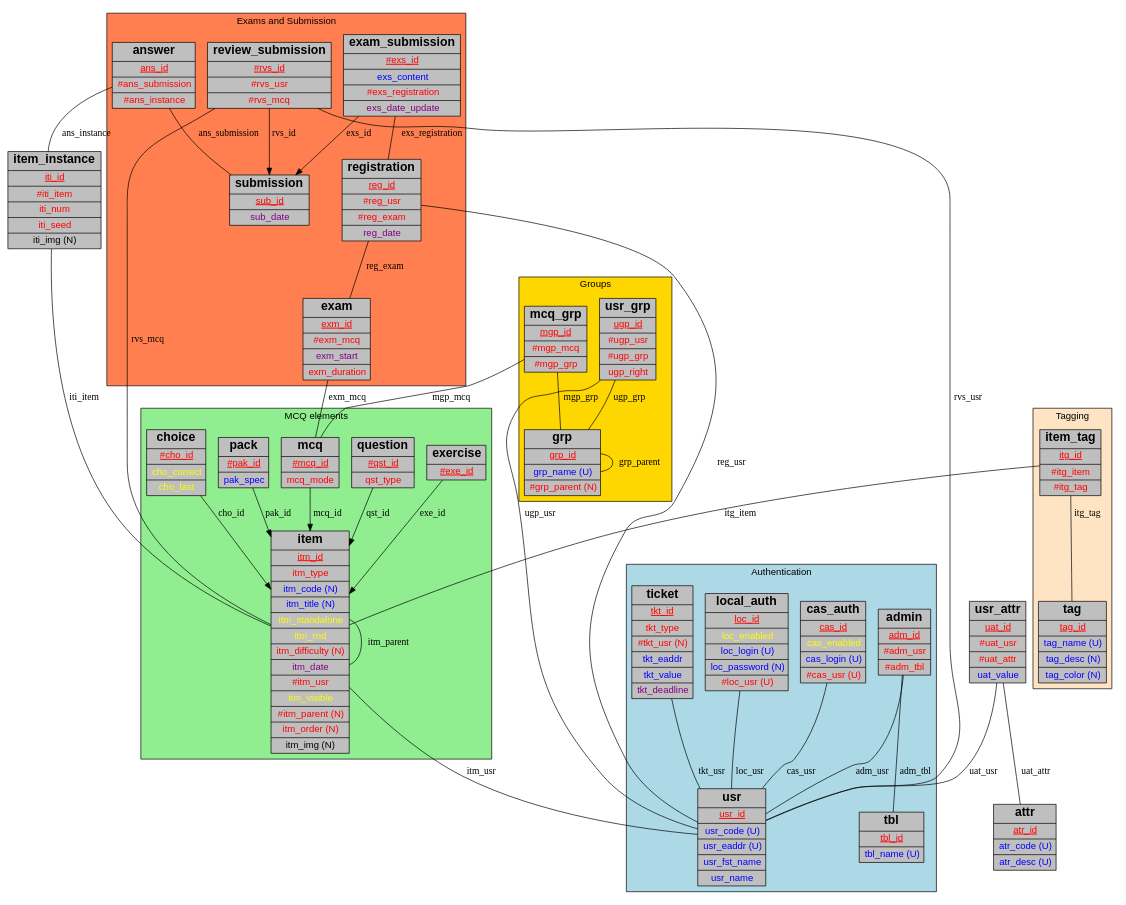
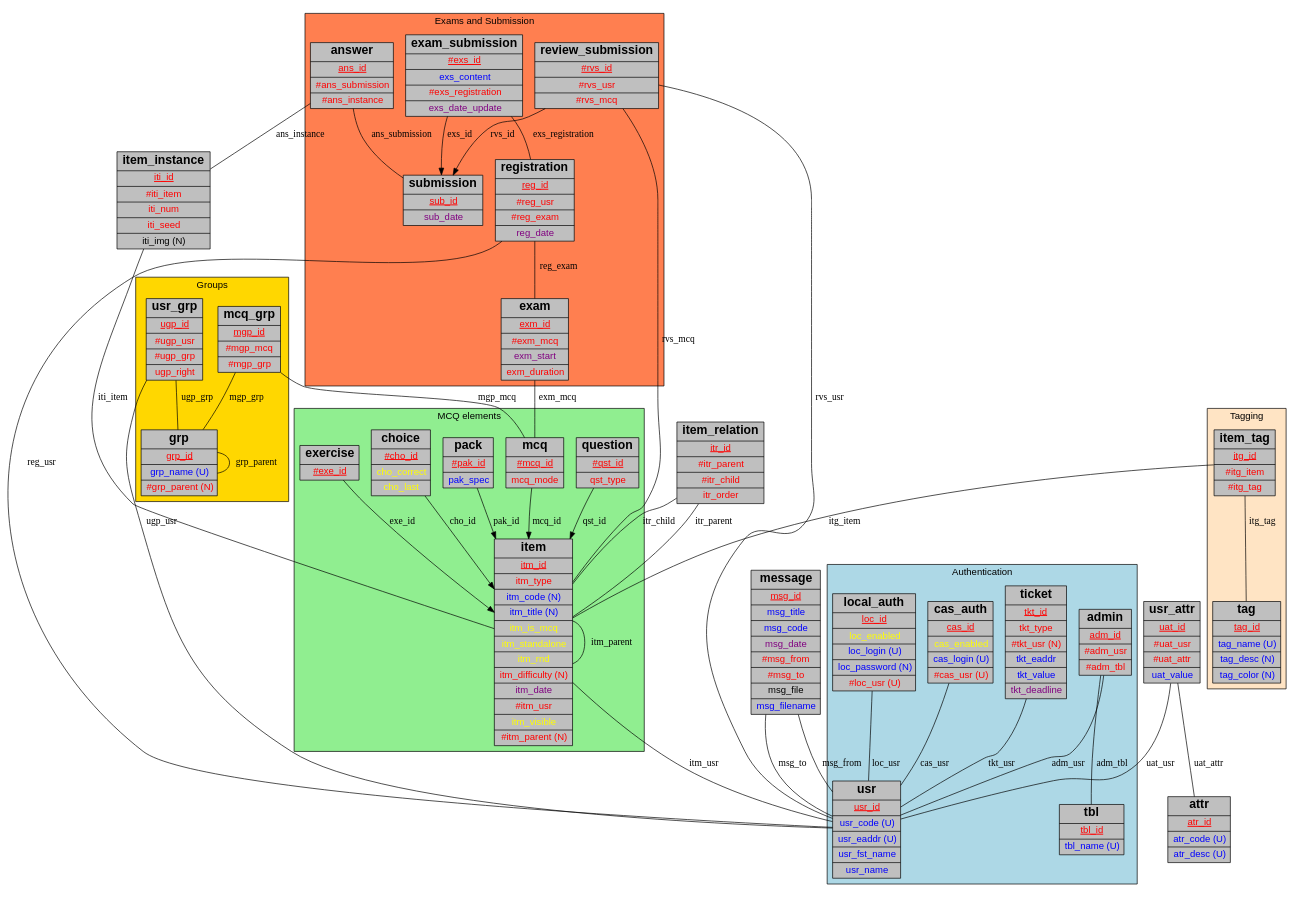
One commit to sami-evangelista/webamc changed the diagram in doc/db.dot. Above: the diagram before and after it, drawn with Graphviz. The commit also changed 9 other files, not shown here.

```diff
--- a/doc/db.dot
+++ b/doc/db.dot
@@ -1,108 +1,114 @@
 
 digraph WebamcDB {
     graph [
         labelloc="t"
         fontname="Helvetica,Arial,sans-serif"
     ]
     node [
         fontname="Helvetica,Arial,sans-serif"
         shape=record
         style=filled
         fillcolor=gray75
     ]
     subgraph cluster_auth {
 label="Authentication"
 bgcolor=lightblue        admin;
         cas_auth;
         usr;
         local_auth;
         tbl;
         ticket;
     }
     subgraph cluster_mcq {
 label="MCQ elements"
 bgcolor=lightgreen        choice;
         exercise;
         item;
         question;
         mcq;
         pack;
     }
     subgraph cluster_submission {
 label="Exams and Submission"
 bgcolor=coral        answer;
         exam;
         submission;
         exam_submission;
         registration;
         review_submission;
     }
     subgraph cluster_tags {
 label="Tagging"
 bgcolor=bisque        tag;
         item_tag;
     }
     subgraph cluster_groups {
 label="Groups"
 bgcolor=gold        grp;
         mcq_grp;
         usr_grp;
     }    admin [label=<{<b><font point-size="18">admin</font></b> |<font color="red"><u>adm_id</u></font>|<font color="red">#adm_usr</font>|<font color="red">#adm_tbl</font>}>]
     admin -> usr [label=adm_usr,arrowhead=none]
     admin -> tbl [label=adm_tbl,arrowhead=none]
     answer [label=<{<b><font point-size="18">answer</font></b> |<font color="red"><u>ans_id</u></font>|<font color="red">#ans_submission</font>|<font color="red">#ans_instance</font>}>]
     answer -> submission [label=ans_submission,arrowhead=none]
     answer -> item_instance [label=ans_instance,arrowhead=none]
     attr [label=<{<b><font point-size="18">attr</font></b> |<font color="red"><u>atr_id</u></font>|<font color="blue">atr_code (U)</font>|<font color="blue">atr_desc (U)</font>}>]
     cas_auth [label=<{<b><font point-size="18">cas_auth</font></b> |<font color="red"><u>cas_id</u></font>|<font color="yellow">cas_enabled</font>|<font color="blue">cas_login (U)</font>|<font color="red">#cas_usr (U)</font>}>]
     cas_auth -> usr [label=cas_usr,arrowhead=none]
     choice [label=<{<b><font point-size="18">choice</font></b> |<font color="red"><u>#cho_id</u></font>|<font color="yellow">cho_correct</font>|<font color="yellow">cho_last</font>}>]
     choice -> item [label=cho_id,arrowhead=normal]
     exam [label=<{<b><font point-size="18">exam</font></b> |<font color="red"><u>exm_id</u></font>|<font color="red">#exm_mcq</font>|<font color="purple">exm_start</font>|<font color="red">exm_duration</font>}>]
     exam -> mcq [label=exm_mcq,arrowhead=none]
     exam_submission [label=<{<b><font point-size="18">exam_submission</font></b> |<font color="red"><u>#exs_id</u></font>|<font color="blue">exs_content</font>|<font color="red">#exs_registration</font>|<font color="purple">exs_date_update</font>}>]
     exam_submission -> submission [label=exs_id,arrowhead=normal]
     exam_submission -> registration [label=exs_registration,arrowhead=none]
     exercise [label=<{<b><font point-size="18">exercise</font></b> |<font color="red"><u>#exe_id</u></font>}>]
     exercise -> item [label=exe_id,arrowhead=normal]
     grp [label=<{<b><font point-size="18">grp</font></b> |<font color="red"><u>grp_id</u></font>|<font color="blue">grp_name (U)</font>|<font color="red">#grp_parent (N)</font>}>]
     grp -> grp [label=grp_parent,arrowhead=none]
-    item [label=<{<b><font point-size="18">item</font></b> |<font color="red"><u>itm_id</u></font>|<font color="red">itm_type</font>|<font color="blue">itm_code (N)</font>|<font color="blue">itm_title (N)</font>|<font color="yellow">itm_standalone</font>|<font color="yellow">itm_rnd</font>|<font color="red">itm_difficulty (N)</font>|<font color="purple">itm_date</font>|<font color="red">#itm_usr</font>|<font color="yellow">itm_visible</font>|<font color="red">#itm_parent (N)</font>|<font color="red">itm_order (N)</font>|<font color="black">itm_img (N)</font>}>]
+    item [label=<{<b><font point-size="18">item</font></b> |<font color="red"><u>itm_id</u></font>|<font color="red">itm_type</font>|<font color="blue">itm_code (N)</font>|<font color="blue">itm_title (N)</font>|<font color="yellow">itm_is_mcq</font>|<font color="yellow">itm_standalone</font>|<font color="yellow">itm_rnd</font>|<font color="red">itm_difficulty (N)</font>|<font color="purple">itm_date</font>|<font color="red">#itm_usr</font>|<font color="yellow">itm_visible</font>|<font color="red">#itm_parent (N)</font>}>]
     item -> usr [label=itm_usr,arrowhead=none]
     item -> item [label=itm_parent,arrowhead=none]
     item_instance [label=<{<b><font point-size="18">item_instance</font></b> |<font color="red"><u>iti_id</u></font>|<font color="red">#iti_item</font>|<font color="red">iti_num</font>|<font color="red">iti_seed</font>|<font color="black">iti_img (N)</font>}>]
     item_instance -> item [label=iti_item,arrowhead=none]
+    item_relation [label=<{<b><font point-size="18">item_relation</font></b> |<font color="red"><u>itr_id</u></font>|<font color="red">#itr_parent</font>|<font color="red">#itr_child</font>|<font color="red">itr_order</font>}>]
+    item_relation -> item [label=itr_parent,arrowhead=none]
+    item_relation -> item [label=itr_child,arrowhead=none]
     item_tag [label=<{<b><font point-size="18">item_tag</font></b> |<font color="red"><u>itg_id</u></font>|<font color="red">#itg_item</font>|<font color="red">#itg_tag</font>}>]
     item_tag -> item [label=itg_item,arrowhead=none]
     item_tag -> tag [label=itg_tag,arrowhead=none]
     local_auth [label=<{<b><font point-size="18">local_auth</font></b> |<font color="red"><u>loc_id</u></font>|<font color="yellow">loc_enabled</font>|<font color="blue">loc_login (U)</font>|<font color="blue">loc_password (N)</font>|<font color="red">#loc_usr (U)</font>}>]
     local_auth -> usr [label=loc_usr,arrowhead=none]
     mcq [label=<{<b><font point-size="18">mcq</font></b> |<font color="red"><u>#mcq_id</u></font>|<font color="red">mcq_mode</font>}>]
     mcq -> item [label=mcq_id,arrowhead=normal]
     mcq_grp [label=<{<b><font point-size="18">mcq_grp</font></b> |<font color="red"><u>mgp_id</u></font>|<font color="red">#mgp_mcq</font>|<font color="red">#mgp_grp</font>}>]
     mcq_grp -> mcq [label=mgp_mcq,arrowhead=none]
     mcq_grp -> grp [label=mgp_grp,arrowhead=none]
+    message [label=<{<b><font point-size="18">message</font></b> |<font color="red"><u>msg_id</u></font>|<font color="blue">msg_title</font>|<font color="blue">msg_code</font>|<font color="purple">msg_date</font>|<font color="red">#msg_from</font>|<font color="red">#msg_to</font>|<font color="black">msg_file</font>|<font color="blue">msg_filename</font>}>]
+    message -> usr [label=msg_from,arrowhead=none]
+    message -> usr [label=msg_to,arrowhead=none]
     pack [label=<{<b><font point-size="18">pack</font></b> |<font color="red"><u>#pak_id</u></font>|<font color="blue">pak_spec</font>}>]
     pack -> item [label=pak_id,arrowhead=normal]
     question [label=<{<b><font point-size="18">question</font></b> |<font color="red"><u>#qst_id</u></font>|<font color="red">qst_type</font>}>]
     question -> item [label=qst_id,arrowhead=normal]
     registration [label=<{<b><font point-size="18">registration</font></b> |<font color="red"><u>reg_id</u></font>|<font color="red">#reg_usr</font>|<font color="red">#reg_exam</font>|<font color="purple">reg_date</font>}>]
     registration -> usr [label=reg_usr,arrowhead=none]
     registration -> exam [label=reg_exam,arrowhead=none]
     review_submission [label=<{<b><font point-size="18">review_submission</font></b> |<font color="red"><u>#rvs_id</u></font>|<font color="red">#rvs_usr</font>|<font color="red">#rvs_mcq</font>}>]
     review_submission -> submission [label=rvs_id,arrowhead=normal]
     review_submission -> usr [label=rvs_usr,arrowhead=none]
     review_submission -> item [label=rvs_mcq,arrowhead=none]
     submission [label=<{<b><font point-size="18">submission</font></b> |<font color="red"><u>sub_id</u></font>|<font color="purple">sub_date</font>}>]
     tag [label=<{<b><font point-size="18">tag</font></b> |<font color="red"><u>tag_id</u></font>|<font color="blue">tag_name (U)</font>|<font color="blue">tag_desc (N)</font>|<font color="blue">tag_color (N)</font>}>]
     tbl [label=<{<b><font point-size="18">tbl</font></b> |<font color="red"><u>tbl_id</u></font>|<font color="blue">tbl_name (U)</font>}>]
     ticket [label=<{<b><font point-size="18">ticket</font></b> |<font color="red"><u>tkt_id</u></font>|<font color="red">tkt_type</font>|<font color="red">#tkt_usr (N)</font>|<font color="blue">tkt_eaddr</font>|<font color="blue">tkt_value</font>|<font color="purple">tkt_deadline</font>}>]
     ticket -> usr [label=tkt_usr,arrowhead=none]
     usr [label=<{<b><font point-size="18">usr</font></b> |<font color="red"><u>usr_id</u></font>|<font color="blue">usr_code (U)</font>|<font color="blue">usr_eaddr (U)</font>|<font color="blue">usr_fst_name</font>|<font color="blue">usr_name</font>}>]
     usr_attr [label=<{<b><font point-size="18">usr_attr</font></b> |<font color="red"><u>uat_id</u></font>|<font color="red">#uat_usr</font>|<font color="red">#uat_attr</font>|<font color="blue">uat_value</font>}>]
     usr_attr -> usr [label=uat_usr,arrowhead=none]
     usr_attr -> attr [label=uat_attr,arrowhead=none]
     usr_grp [label=<{<b><font point-size="18">usr_grp</font></b> |<font color="red"><u>ugp_id</u></font>|<font color="red">#ugp_usr</font>|<font color="red">#ugp_grp</font>|<font color="red">ugp_right</font>}>]
     usr_grp -> usr [label=ugp_usr,arrowhead=none]
     usr_grp -> grp [label=ugp_grp,arrowhead=none]
 }
```
